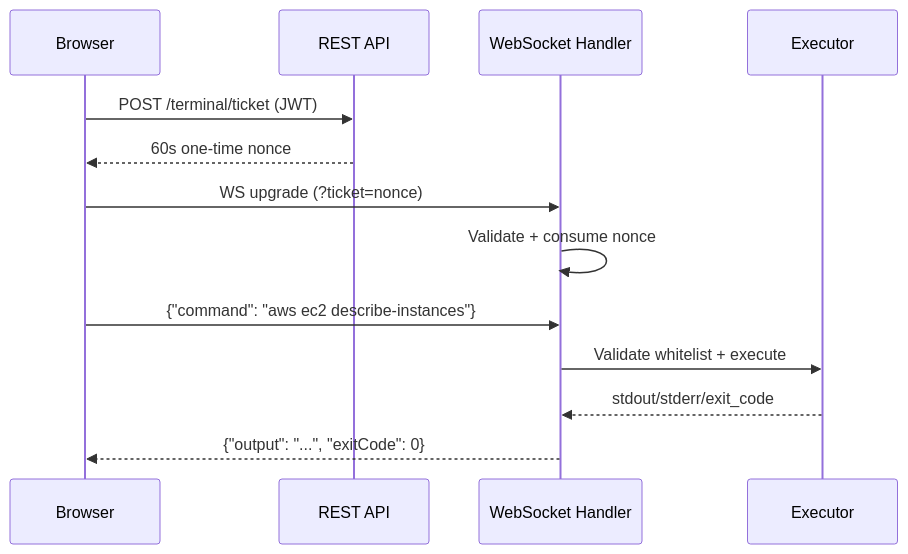
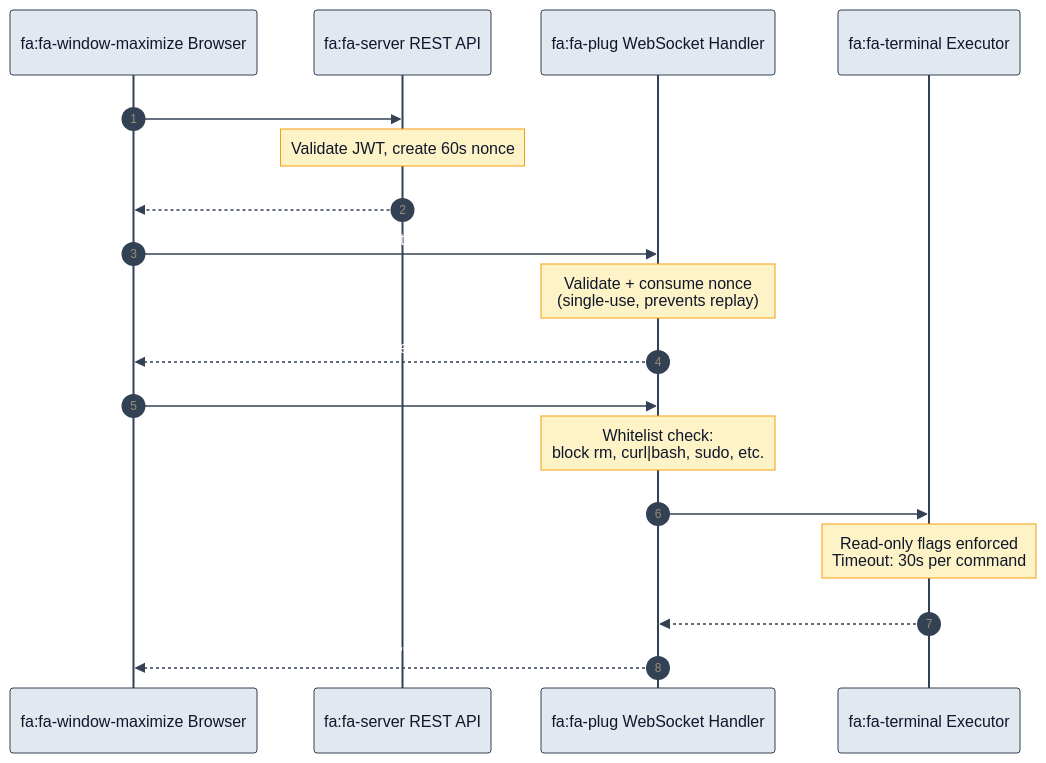
One commit to lvonguyen/cloudforge changed the fourth of 6 diagrams in docs/core/architecture/HLD.md. Above: the diagram before and after it, drawn with Mermaid. The commit also changed other lines of this file and 25 other files, not shown here.

First line of the commit message:
docs: add 4 runbook diagrams + upgrade 6 HLD diagrams + docs-audit fixes

````diff
--- a/docs/core/architecture/HLD.md
+++ b/docs/core/architecture/HLD.md
@@ -613,16 +653,25 @@
 ```mermaid
+%%{init: {'theme': 'base', 'themeVariables': {'fontFamily': 'Inter, system-ui, sans-serif', 'fontSize': '14px', 'primaryColor': '#1e40af', 'primaryTextColor': '#fff', 'primaryBorderColor': '#1e3a8a', 'lineColor': '#64748b', 'actorTextColor': '#0f172a', 'actorBkg': '#e2e8f0', 'actorBorder': '#334155', 'signalColor': '#334155', 'noteBkgColor': '#fef3c7', 'noteTextColor': '#0f172a', 'noteBorderColor': '#f59e0b'}}}%%
+
 sequenceDiagram
-    participant UI as Browser
-    participant API as REST API
-    participant WS as WebSocket Handler
-    participant Exec as Executor
+    autonumber
+    participant UI as fa:fa-window-maximize Browser
+    participant API as fa:fa-server REST API
+    participant WS as fa:fa-plug WebSocket Handler
+    participant Exec as fa:fa-terminal Executor
 
     UI->>API: POST /terminal/ticket (JWT)
+    Note over API: Validate JWT, create 60s nonce
     API-->>UI: 60s one-time nonce
+
     UI->>WS: WS upgrade (?ticket=nonce)
-    WS->>WS: Validate + consume nonce
+    Note over WS: Validate + consume nonce<br/>(single-use, prevents replay)
+    WS-->>UI: Connection established
+
     UI->>WS: {"command": "aws ec2 describe-instances"}
-    WS->>Exec: Validate whitelist + execute
+    Note over WS: Whitelist check:<br/>block rm, curl|bash, sudo, etc.
+    WS->>Exec: Execute validated command
+    Note over Exec: Read-only flags enforced<br/>Timeout: 30s per command
     Exec-->>WS: stdout/stderr/exit_code
     WS-->>UI: {"output": "...", "exitCode": 0}
 ```
````
